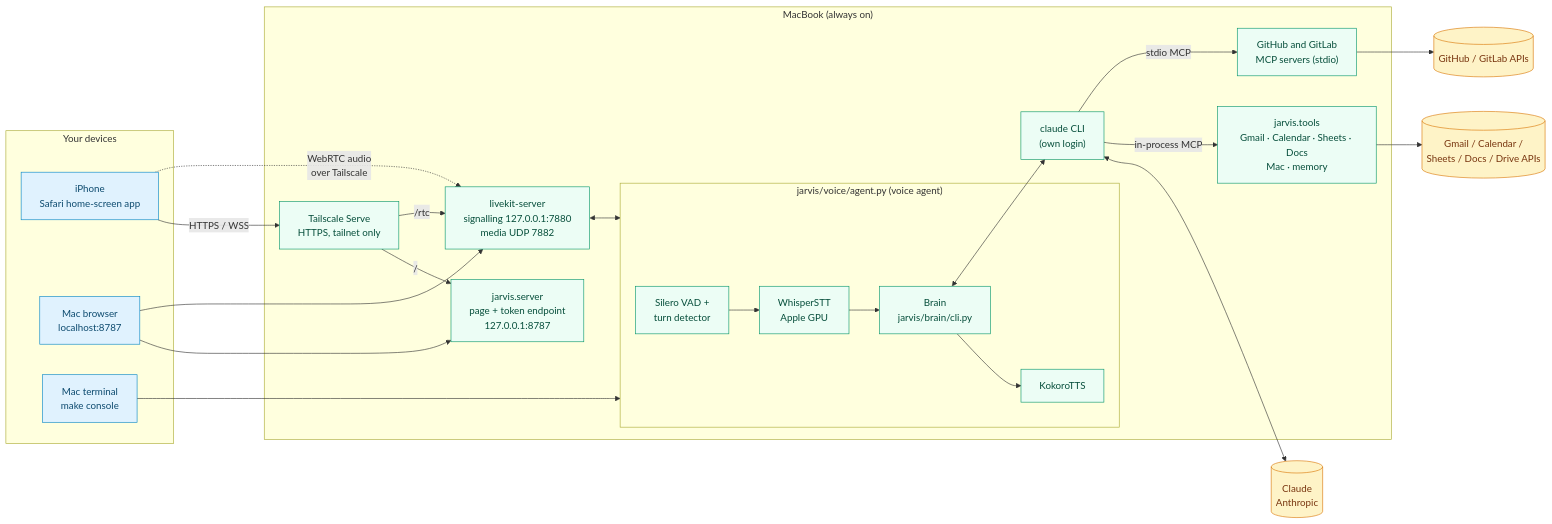
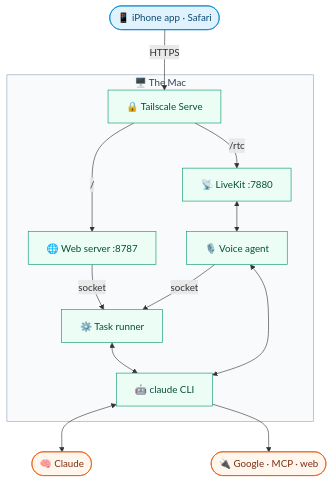
One commit to anilkumarmeena/alfred changed the first of 6 diagrams in docs/architecture.md. Above: the diagram before and after it, drawn with Mermaid. The commit also changed other lines of this file and 13 other files, not shown here.

````diff
--- a/docs/architecture.md
+++ b/docs/architecture.md
@@ -61,49 +46,35 @@
 ```mermaid
-flowchart LR
-    subgraph Clients["Your devices"]
-        iPhone["iPhone<br/>Safari home-screen app"]
-        Browser["Mac browser<br/>localhost:8787"]
-        Console["Mac terminal<br/>make console"]
+flowchart TB
+    You(["📱 iPhone app · Safari"])
+
+    subgraph Mac["🖥️ The Mac"]
+        TS["🔒 Tailscale Serve"]
+        Web["🌐 Web server :8787"]
+        LK["📡 LiveKit :7880"]
+        Agent["🎙️ Voice agent"]
+        Runner["⚙️ Task runner"]
+        CLI["🤖 claude CLI"]
     end
 
-    subgraph Mac["MacBook (always on)"]
-        TS["Tailscale Serve<br/>HTTPS, tailnet only"]
-        Web["jarvis.server<br/>page + token endpoint<br/>127.0.0.1:8787"]
-        LK["livekit-server<br/>signalling 127.0.0.1:7880<br/>media UDP 7882"]
-        subgraph Agent["jarvis/voice/agent.py (voice agent)"]
-            VAD["Silero VAD +<br/>turn detector"]
-            STT["WhisperSTT<br/>Apple GPU"]
-            Brain["Brain<br/>jarvis/brain/cli.py"]
-            TTS["KokoroTTS"]
-        end
-        Tools["jarvis.tools<br/>Gmail · Calendar · Sheets · Docs<br/>Mac · memory"]
-        Hosts["GitHub and GitLab<br/>MCP servers (stdio)"]
-        CLI["claude CLI<br/>(own login)"]
-    end
+    Claude(["🧠 Claude"])
+    APIs(["🔌 Google · MCP · web"])
 
-    Claude[("Claude<br/>Anthropic")]
-    Google[("Gmail / Calendar /<br/>Sheets / Docs / Drive APIs")]
-    GH[("GitHub / GitLab APIs")]
+    You -->|HTTPS| TS
+    TS -->|"/"| Web
+    TS -->|"/rtc"| LK
+    LK <--> Agent
+    Web -->|socket| Runner
+    Agent -->|socket| Runner
+    Agent <--> CLI
+    Runner <--> CLI
+    CLI <--> Claude
+    CLI --> APIs
 
-    iPhone -- "HTTPS / WSS" --> TS
-    TS -- "/" --> Web
-    TS -- "/rtc" --> LK
-    iPhone -. "WebRTC audio<br/>over Tailscale" .-> LK
-    Browser --> Web
-    Browser --> LK
-    LK <--> Agent
-    Console --> Agent
-    VAD --> STT --> Brain --> TTS
-    Brain <--> CLI <--> Claude
-    CLI -- "in-process MCP" --> Tools
-    CLI -- "stdio MCP" --> Hosts
-    Tools --> Google
-    Hosts --> GH
-
-    classDef client fill:#e0f2fe,stroke:#0284c7,color:#0c4a6e
-    classDef local fill:#ecfdf5,stroke:#059669,color:#064e3b
-    classDef external fill:#fef3c7,stroke:#d97706,color:#78350f
-    class iPhone,Browser,Console client
-    class TS,Web,LK,VAD,STT,Brain,TTS,Tools,Hosts,CLI local
-    class Claude,Google,GH external
+    classDef you fill:#e0f2fe,stroke:#0284c7,color:#0c4a6e
+    classDef mac fill:#ecfdf5,stroke:#059669,color:#064e3b
+    classDef cloud fill:#fff7ed,stroke:#ea580c,color:#7c2d12
+    class You you
+    class TS,Web,LK,Agent,Runner,CLI mac
+    class Claude,APIs cloud
+    style Mac fill:#f8fafc,stroke:#94a3b8,color:#334155
 ```
````
